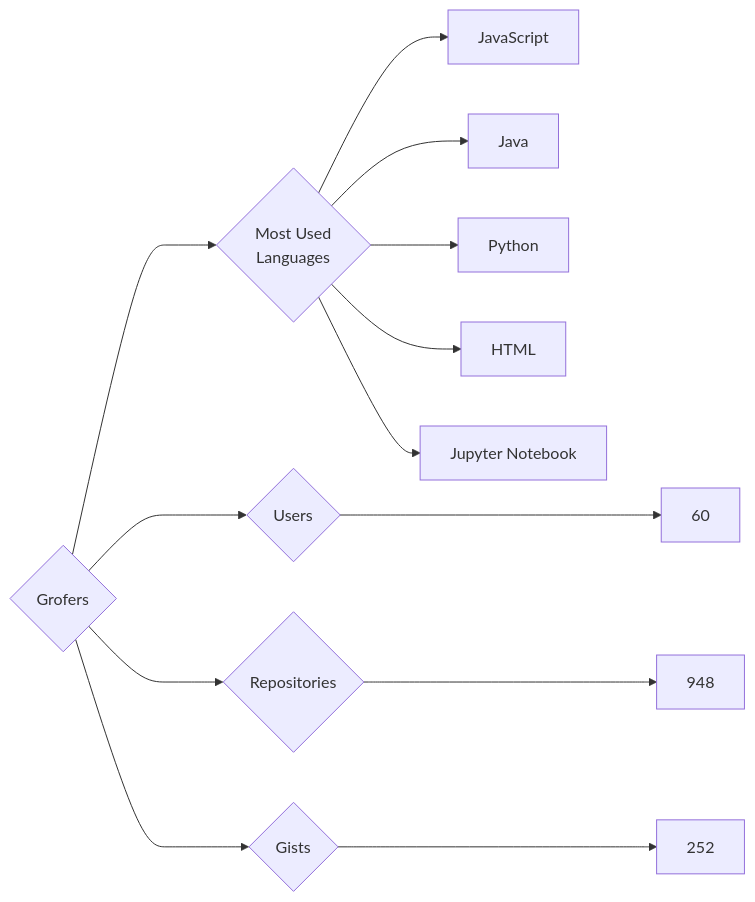
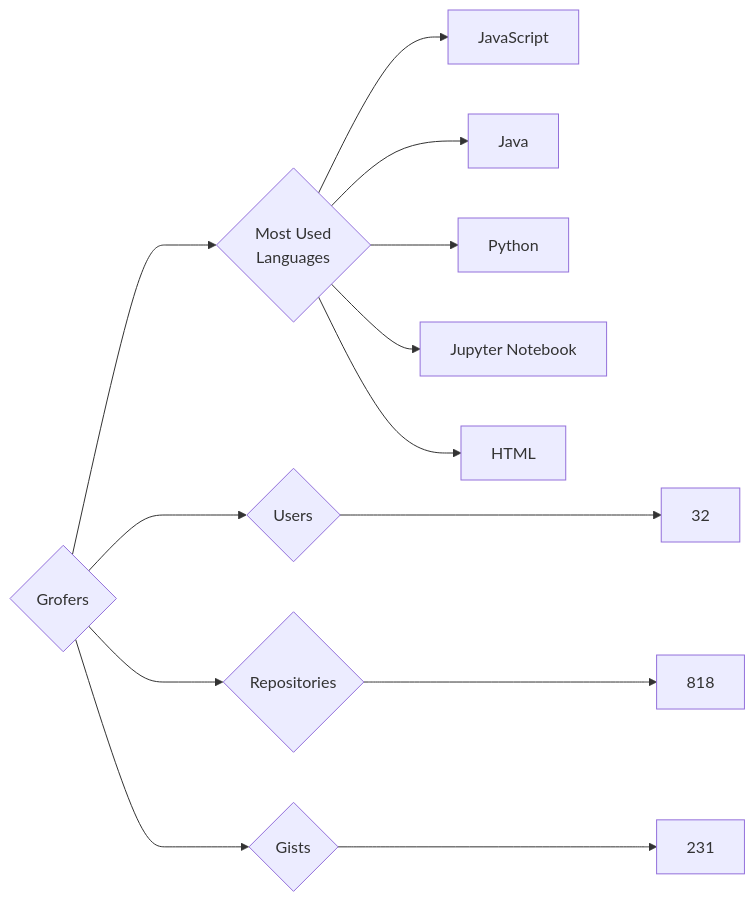
The diagram in targets/Grofers/README.md (trickest/insiders), drawn with Mermaid before and after one commit. The commit also changed 861 other files, not shown here.

````diff
--- a/targets/Grofers/README.md
+++ b/targets/Grofers/README.md
@@ -3,13 +3,13 @@
 ```mermaid
 graph LR
 COMPANY_NAME{Grofers}
-COMPANY_NAME ---> U{Users} ---> UN[60]
-COMPANY_NAME ---> R{Repositories} ---> RN[948]
-COMPANY_NAME ---> G{Gists} ---> GN[252]
+COMPANY_NAME ---> U{Users} ---> UN[32]
+COMPANY_NAME ---> R{Repositories} ---> RN[818]
+COMPANY_NAME ---> G{Gists} ---> GN[231]
 COMPANY_NAME ---> ML{Most Used<br>Languages}
 ML --> JavaScript[JavaScript]
 ML --> Java[Java]
 ML --> Python[Python]
+ML --> Jupyter_Notebook[Jupyter Notebook]
 ML --> HTML[HTML]
-ML --> Jupyter_Notebook[Jupyter Notebook]
 ```
````
